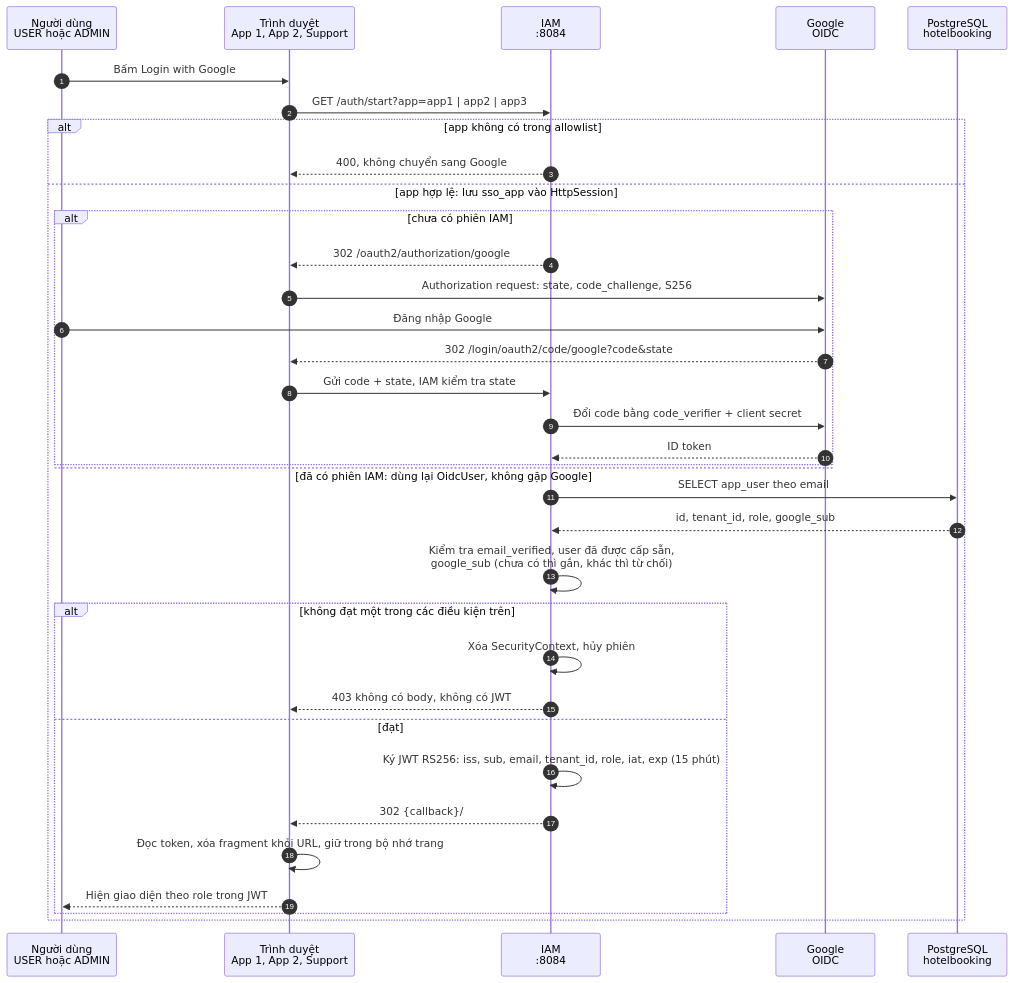
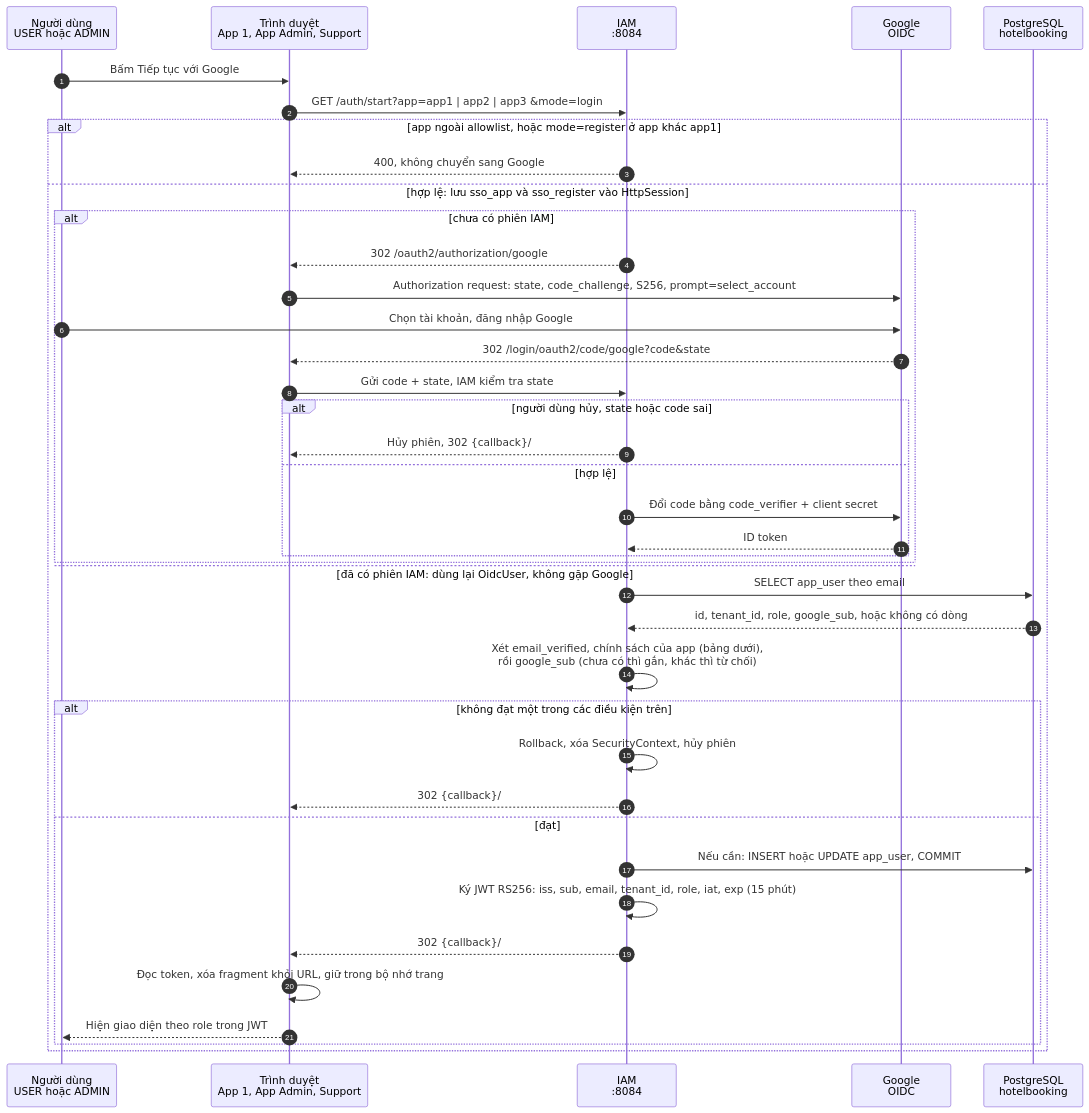
One commit to oabga/HotelBookingSystem changed the second of 10 diagrams in backend/docs/stayhub-sequence-diagrams.md. Above: the diagram before and after it, drawn with Mermaid. The commit also changed other lines of this file and 21 other files, not shown here.

````diff
--- a/backend/docs/stayhub-sequence-diagrams.md
+++ b/backend/docs/stayhub-sequence-diagrams.md
@@ -79,37 +79,42 @@
 ```mermaid
 sequenceDiagram
     autonumber
     participant U as Người dùng<br/>USER hoặc ADMIN
-    participant F as Trình duyệt<br/>App 1, App 2, Support
+    participant F as Trình duyệt<br/>App 1, App Admin, Support
     participant I as IAM<br/>:8084
     participant G as Google<br/>OIDC
     participant D as PostgreSQL<br/>hotelbooking
-    U->>F: Bấm Login with Google
-    F->>I: GET /auth/start?app=app1 | app2 | app3
-    alt app không có trong allowlist
+    U->>F: Bấm Tiếp tục với Google
+    F->>I: GET /auth/start?app=app1 | app2 | app3 &mode=login
+    alt app ngoài allowlist, hoặc mode=register ở app khác app1
         I-->>F: 400, không chuyển sang Google
-    else app hợp lệ: lưu sso_app vào HttpSession
+    else hợp lệ: lưu sso_app và sso_register vào HttpSession
         alt chưa có phiên IAM
             I-->>F: 302 /oauth2/authorization/google
-            F->>G: Authorization request: state, code_challenge, S256
-            U->>G: Đăng nhập Google
+            F->>G: Authorization request: state, code_challenge, S256, prompt=select_account
+            U->>G: Chọn tài khoản, đăng nhập Google
             G-->>F: 302 /login/oauth2/code/google?code&state
             F->>I: Gửi code + state, IAM kiểm tra state
-            I->>G: Đổi code bằng code_verifier + client secret
-            G-->>I: ID token
+            alt người dùng hủy, state hoặc code sai
+                I-->>F: Hủy phiên, 302 {callback}/#error=login_failed
+            else hợp lệ
+                I->>G: Đổi code bằng code_verifier + client secret
+                G-->>I: ID token
+            end
         else đã có phiên IAM: dùng lại OidcUser, không gặp Google
         end
         I->>D: SELECT app_user theo email
-        D-->>I: id, tenant_id, role, google_sub
-        I->>I: Kiểm tra email_verified, user đã được cấp sẵn,<br/>google_sub (chưa có thì gắn, khác thì từ chối)
+        D-->>I: id, tenant_id, role, google_sub, hoặc không có dòng
+        I->>I: Xét email_verified, chính sách của app (bảng dưới),<br/>rồi google_sub (chưa có thì gắn, khác thì từ chối)
         alt không đạt một trong các điều kiện trên
-            I->>I: Xóa SecurityContext, hủy phiên
-            I-->>F: 403 không có body, không có JWT
+            I->>I: Rollback, xóa SecurityContext, hủy phiên
+            I-->>F: 302 {callback}/#error=not_provisioned
         else đạt
+            I->>D: Nếu cần: INSERT hoặc UPDATE app_user, COMMIT
             I->>I: Ký JWT RS256: iss, sub, email, tenant_id, role, iat, exp (15 phút)
             I-->>F: 302 {callback}/#token=JWT
             F->>F: Đọc token, xóa fragment khỏi URL, giữ trong bộ nhớ trang
             F-->>U: Hiện giao diện theo role trong JWT
         end
     end
 ```
````
